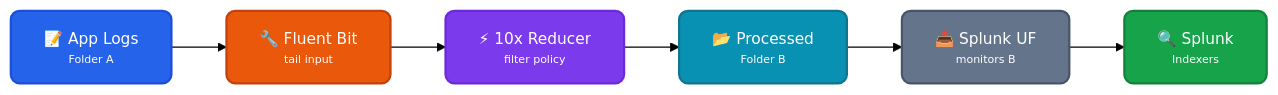
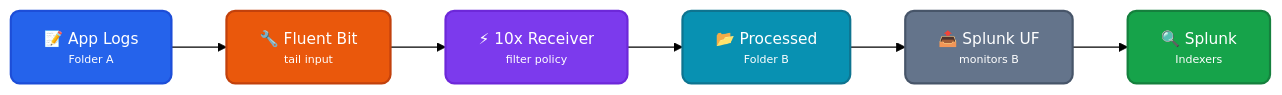
The diagram in pipelines/run/modules/input/forwarder/splunkUF/regulate/doc.md (log-10x/modules), drawn with Mermaid (forest theme) before and after one commit. The commit also changed other lines of this file and 41 other files, not shown here.

````diff
--- a/pipelines/run/modules/input/forwarder/splunkUF/regulate/doc.md
+++ b/pipelines/run/modules/input/forwarder/splunkUF/regulate/doc.md
@@ -11,22 +11,22 @@
 ```mermaid
 graph LR
     A["<div style='font-size: 14px;'>📝 App Logs</div><div style='font-size: 10px;'>Folder A</div>"] --> B["<div style='font-size: 14px;'>🔧 Fluent Bit</div><div style='font-size: 10px;'>tail input</div>"]
-    B --> C["<div style='font-size: 14px;'>⚡ 10x Reducer</div><div style='font-size: 10px;'>filter policy</div>"]
+    B --> C["<div style='font-size: 14px;'>⚡ 10x Receiver</div><div style='font-size: 10px;'>filter policy</div>"]
     C --> D["<div style='font-size: 14px;'>📂 Processed</div><div style='font-size: 10px;'>Folder B</div>"]
     D --> E["<div style='font-size: 14px;'>📤 Splunk UF</div><div style='font-size: 10px;'>monitors B</div>"]
     E --> F["<div style='font-size: 14px;'>🔍 Splunk</div><div style='font-size: 10px;'>Indexers</div>"]
 
     classDef logs fill:#2563eb,stroke:#1d4ed8,color:#ffffff,stroke-width:2px,rx:8,ry:8
     classDef fluentbit fill:#ea580c,stroke:#c2410c,color:#ffffff,stroke-width:2px,rx:8,ry:8
     classDef engine fill:#7c3aed,stroke:#6d28d9,color:#ffffff,stroke-width:2px,rx:8,ry:8
     classDef processed fill:#0891b2,stroke:#0e7490,color:#ffffff,stroke-width:2px,rx:8,ry:8
     classDef uf fill:#64748b,stroke:#475569,color:#ffffff,stroke-width:2px,rx:8,ry:8
     classDef splunk fill:#16a34a,stroke:#15803d,color:#ffffff,stroke-width:2px,rx:8,ry:8
 
     class A logs
     class B fluentbit
     class C engine
     class D processed
     class E uf
     class F splunk
 ```
````
